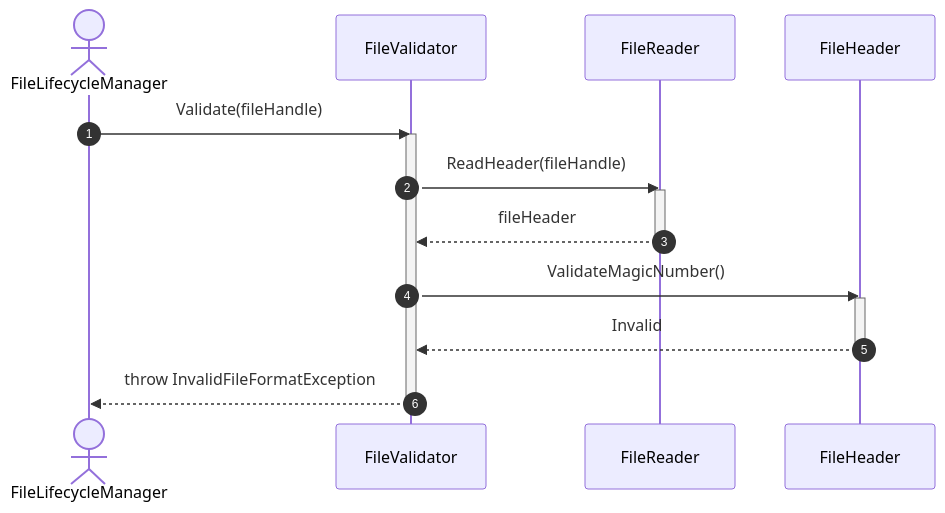
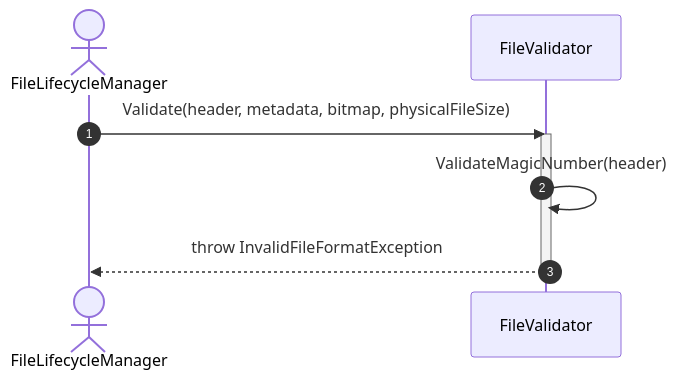
One commit to manaxpow/DBMS changed the second of 4 diagrams in docs/diagrams/sequence-diagrams/storage-engine/file-management/file-lifecycle/validate-file.md. Above: the diagram before and after it, drawn with Mermaid. The commit also changed other lines of this file and 35 other files, not shown here.

````diff
--- a/docs/diagrams/sequence-diagrams/storage-engine/file-management/file-lifecycle/validate-file.md
+++ b/docs/diagrams/sequence-diagrams/storage-engine/file-management/file-lifecycle/validate-file.md
@@ -72,25 +46,15 @@
 ```mermaid
 sequenceDiagram
     autonumber
 
     actor FLM as FileLifecycleManager
     participant FV as FileValidator
-    participant FR as FileReader
-    participant H as FileHeader
 
-    FLM->>FV: Validate(fileHandle)
+    FLM->>FV: Validate(header, metadata, bitmap, physicalFileSize)
     activate FV
 
-    FV->>FR: ReadHeader(fileHandle)
-    activate FR
-    FR-->>FV: fileHeader
-    deactivate FR
-
-    FV->>H: ValidateMagicNumber()
-    activate H
-    H-->>FV: Invalid
-    deactivate H
+    FV->>FV: ValidateMagicNumber(header)
 
     FV-->>FLM: throw InvalidFileFormatException
     deactivate FV
 ```
````
